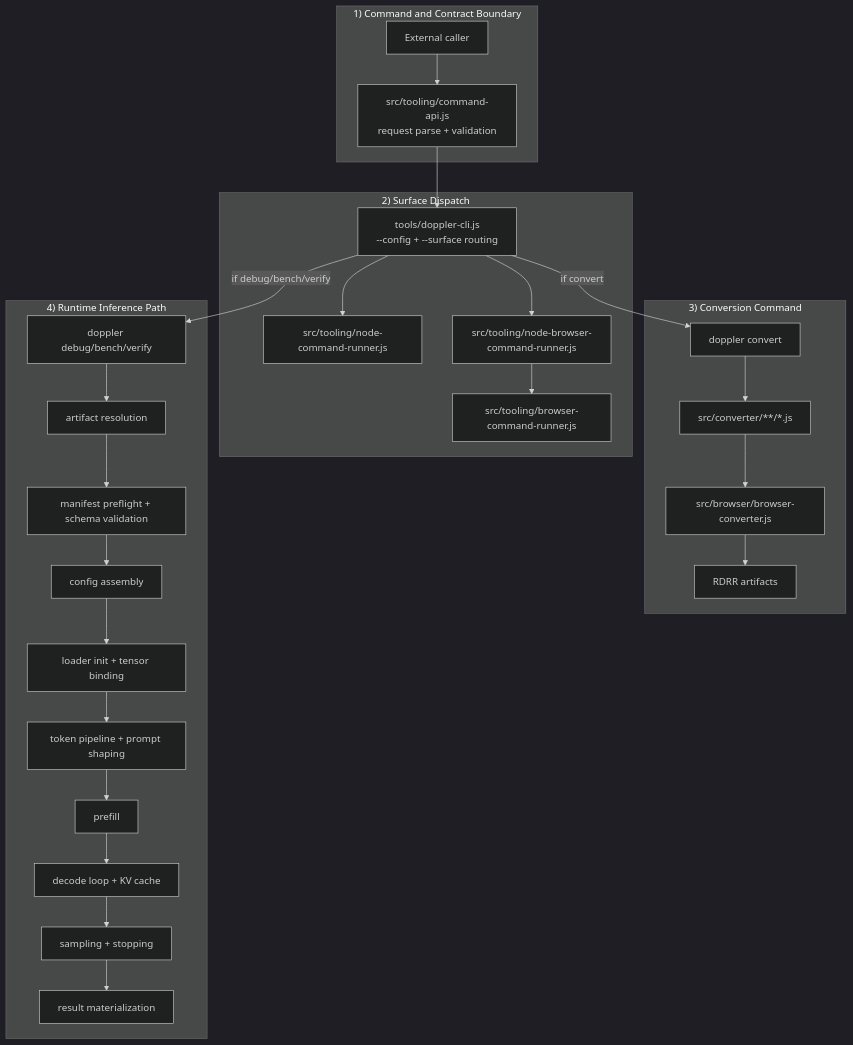
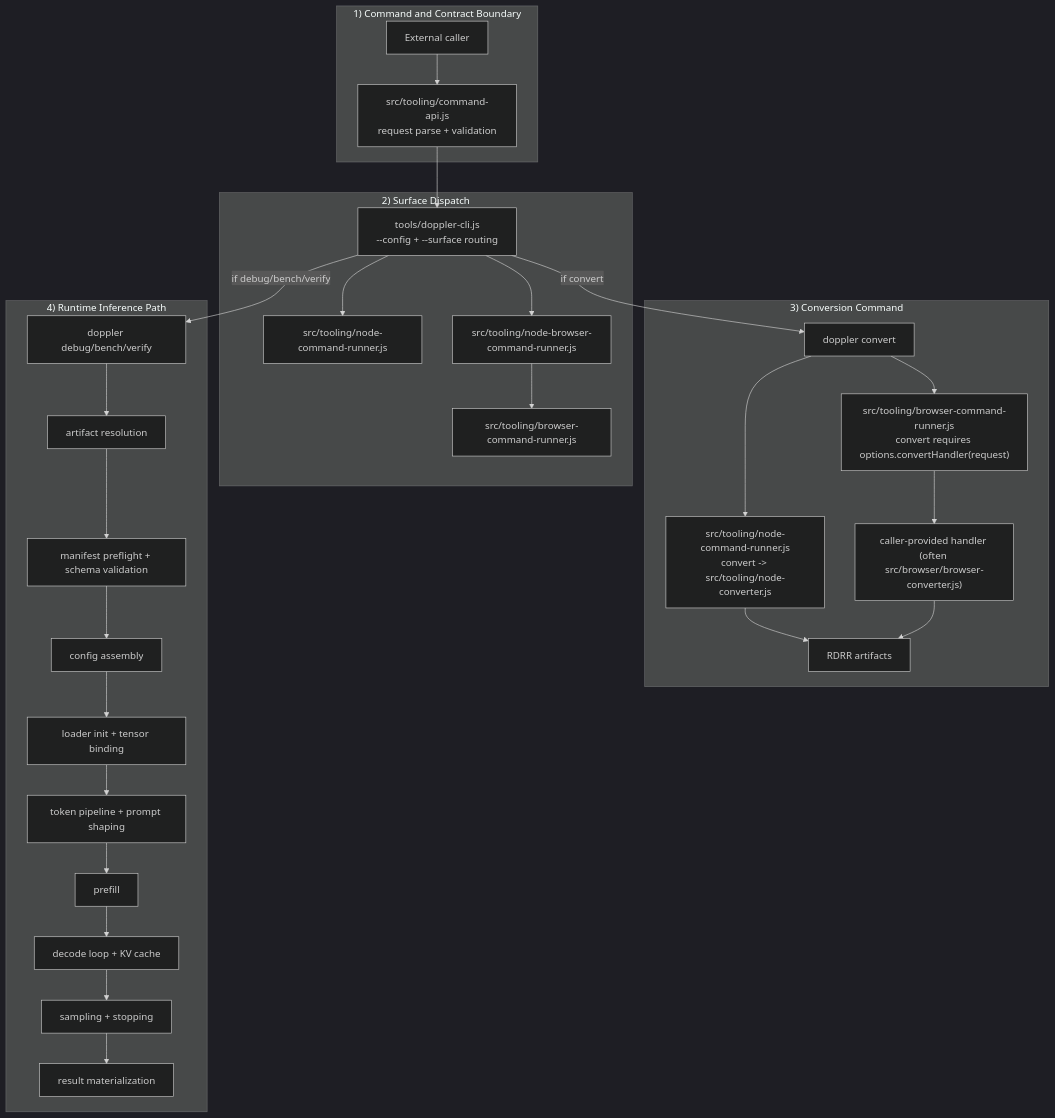
The diagram in docs/pipeline-contract.md (clocksmith/doppler), drawn with Mermaid (dark theme) before and after one commit. The commit also changed other lines of this file and 51 other files, not shown here.

````diff
--- a/docs/pipeline-contract.md
+++ b/docs/pipeline-contract.md
@@ -5,40 +5,43 @@
 ```mermaid
 flowchart TD
   subgraph Entry["1) Command and Contract Boundary"]
     A["External caller"]
     B["src/tooling/command-api.js\nrequest parse + validation"]
     A --> B
   end
 
   subgraph Dispatch["2) Surface Dispatch"]
     C["tools/doppler-cli.js\n--config + --surface routing"]
     D["src/tooling/node-command-runner.js"]
     E["src/tooling/node-browser-command-runner.js"]
     F["src/tooling/browser-command-runner.js"]
     B --> C --> D
     C --> E --> F
   end
 
   subgraph Conversion["3) Conversion Command"]
     CVT["doppler convert"]
-    G["src/converter/**/*.js"]
-    H["src/browser/browser-converter.js"]
-    I["RDRR artifacts"]
-    C -->|if convert| CVT --> G --> H --> I
+    G["src/tooling/node-command-runner.js\nconvert -> src/tooling/node-converter.js"]
+    H["src/tooling/browser-command-runner.js\nconvert requires options.convertHandler(request)"]
+    I["caller-provided handler (often src/browser/browser-converter.js)"]
+    RA["RDRR artifacts"]
+    C -->|if convert| CVT
+    CVT --> G --> RA
+    CVT --> H --> I --> RA
   end
 
   subgraph Runtime["4) Runtime Inference Path"]
-    J["doppler debug/bench/verify"]
-    K["artifact resolution"]
-    L["manifest preflight + schema validation"]
-    M["config assembly"]
-    N["loader init + tensor binding"]
-    O["token pipeline + prompt shaping"]
-    P["prefill"]
-    Q["decode loop + KV cache"]
-    R["sampling + stopping"]
-    S["result materialization"]
-    C -->|if debug/bench/verify| J
-    J --> K --> L --> M --> N --> O --> P --> Q --> R --> S
+    RT0["doppler debug/bench/verify"]
+    RT1["artifact resolution"]
+    RT2["manifest preflight + schema validation"]
+    RT3["config assembly"]
+    RT4["loader init + tensor binding"]
+    RT5["token pipeline + prompt shaping"]
+    RT6["prefill"]
+    RT7["decode loop + KV cache"]
+    RT8["sampling + stopping"]
+    RT9["result materialization"]
+    C -->|if debug/bench/verify| RT0
+    RT0 --> RT1 --> RT2 --> RT3 --> RT4 --> RT5 --> RT6 --> RT7 --> RT8 --> RT9
   end
 ```
````
